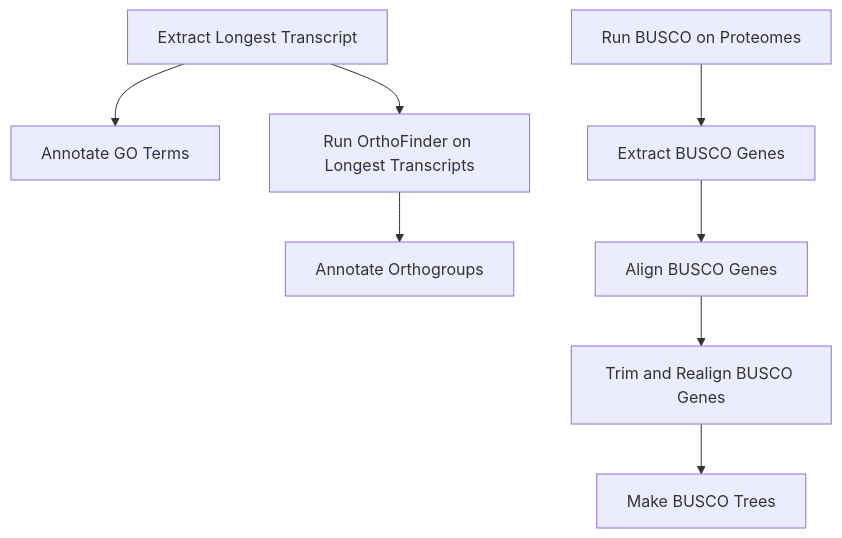
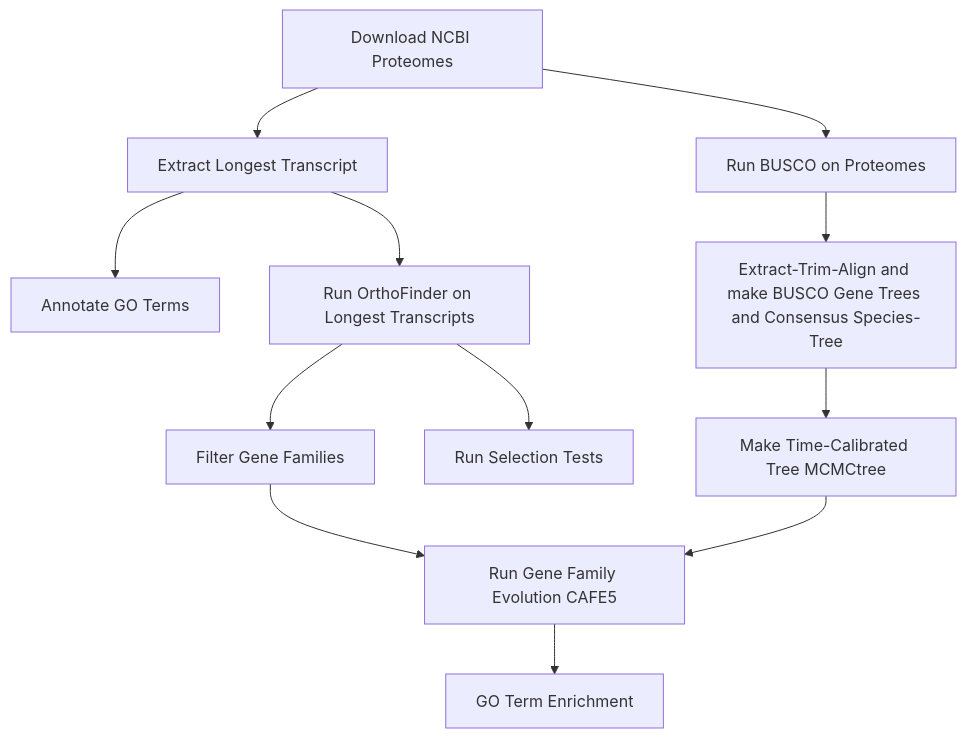
Before and after one commit to connor122721/GeneFamilyEvolution: the diagram in README.md, drawn with Mermaid. The commit also changed other lines of this file and 23 other files, not shown here.

Commit message:
Add download feature and update pipeline. Add cafe5 GO enrichment analyses

````diff
--- a/README.md
+++ b/README.md
@@ -7,10 +5,14 @@
 ```mermaid
 graph TD
+    AA[Download NCBI Proteomes] --> A
+    AA --> C
     A[Extract Longest Transcript] --> B[Annotate GO Terms]
-    C[Run BUSCO on Proteomes] --> D[Extract BUSCO Genes]
-    D --> E[Align BUSCO Genes]
-    E --> F[Trim and Realign BUSCO Genes]
-    F --> G[Make BUSCO Trees]
-    A --> H[Run OrthoFinder on Longest Transcripts]
-    H --> I[Annotate Orthogroups]
+    C[Run BUSCO on Proteomes] --> G[Extract-Trim-Align and make BUSCO Gene Trees and Consensus Species-Tree]
+    A --> I[Run OrthoFinder on Longest Transcripts]
+    I --> J[Filter Gene Families]
+    J --> K[Run Gene Family Evolution CAFE5]
+    K --> L[GO Term Enrichment]
+    I --> M[Run Selection Tests]
+    G --> P[Make Time-Calibrated Tree MCMCtree]
+    P --> K
 ```
````
